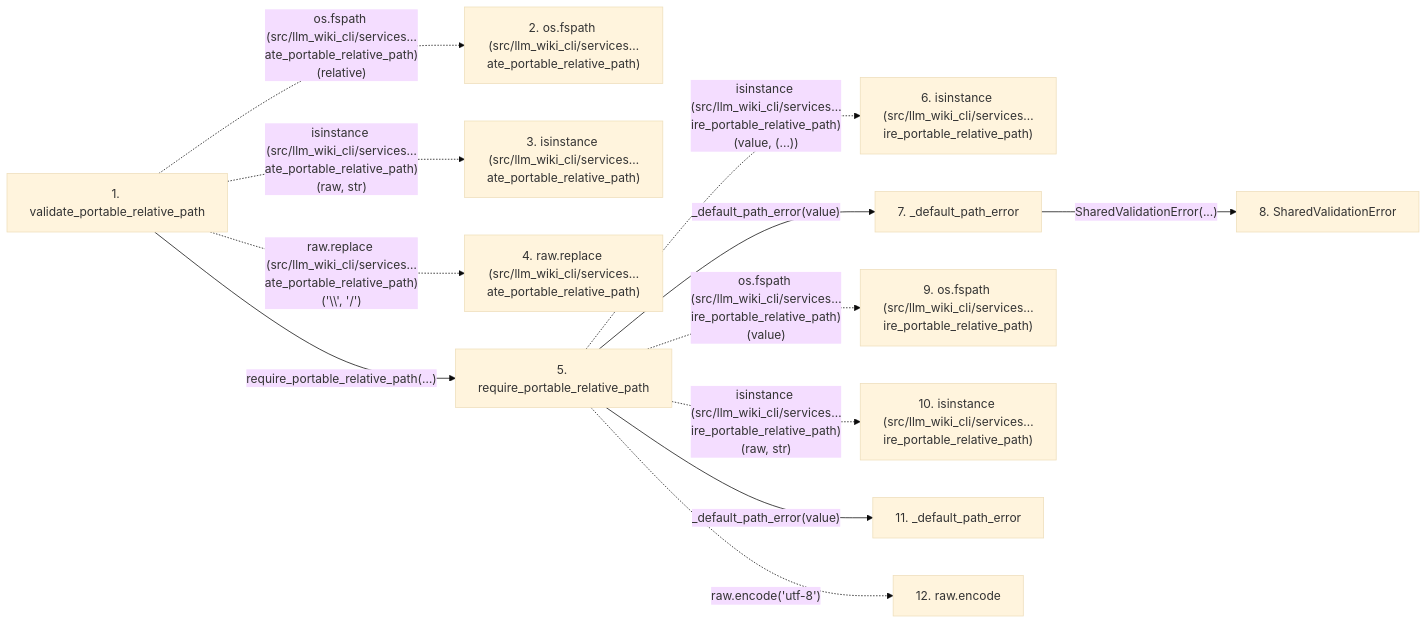
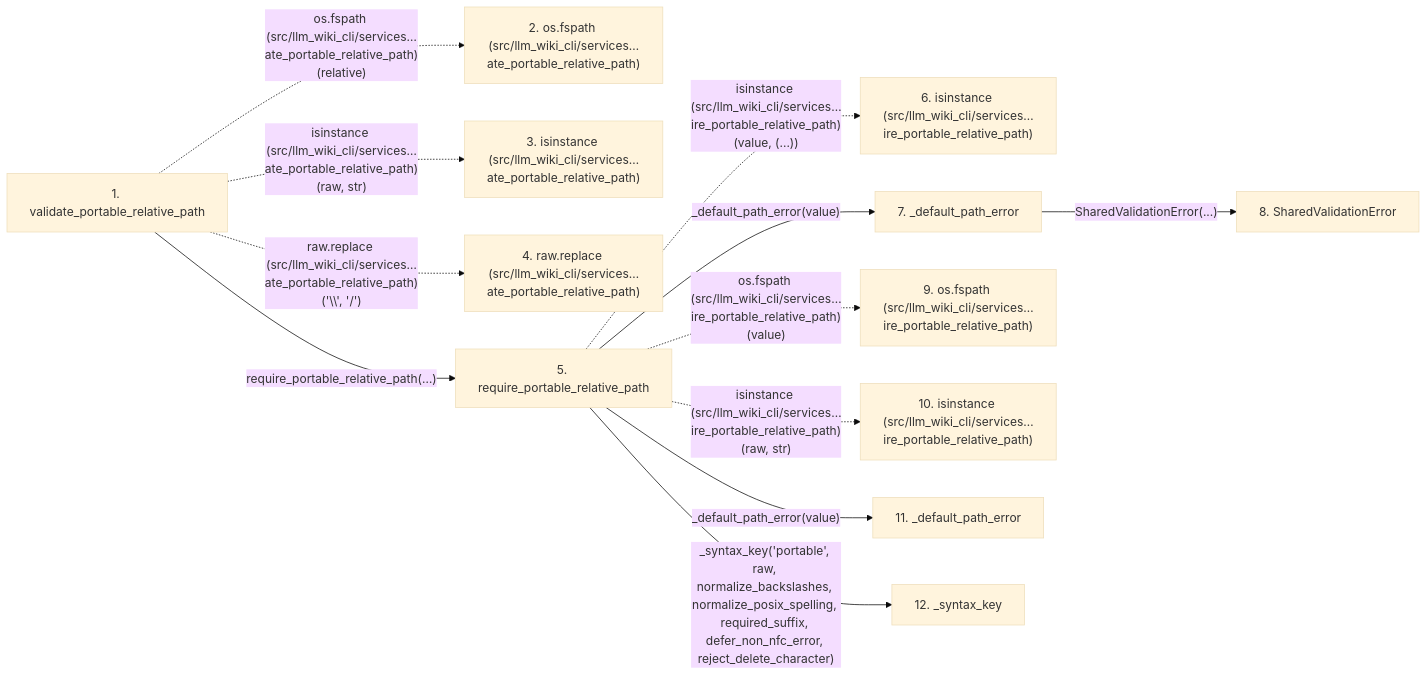
Before and after one commit to Denissvgn/python-wiki-llm: the second of 2 diagrams in docs/llm_wiki/flows/api-validate_portable_relative_path.md, drawn with Mermaid (base theme). The commit also changed other lines of this file and 865 other files, not shown here.

````diff
--- a/docs/llm_wiki/flows/api-validate_portable_relative_path.md
+++ b/docs/llm_wiki/flows/api-validate_portable_relative_path.md
@@ -71,31 +72,32 @@
 ```mermaid
 flowchart LR
     s1["1. validate_portable_relative_path"]
     s2["2. os.fspath (src/llm_wiki_cli/services…ate_portable_relative_path)"]
     s3["3. isinstance (src/llm_wiki_cli/services…ate_portable_relative_path)"]
     s4["4. raw.replace (src/llm_wiki_cli/services…ate_portable_relative_path)"]
     s5["5. require_portable_relative_path"]
     s6["6. isinstance (src/llm_wiki_cli/services…ire_portable_relative_path)"]
     s7["7. _default_path_error"]
     s8["8. SharedValidationError"]
     s9["9. os.fspath (src/llm_wiki_cli/services…ire_portable_relative_path)"]
     s10["10. isinstance (src/llm_wiki_cli/services…ire_portable_relative_path)"]
     s11["11. _default_path_error"]
-    s12["12. raw.encode"]
+    s12["12. _syntax_key"]
     s1 -. "os.fspath (src/llm_wiki_cli/services…ate_portable_relative_path)(relative)" .-> s2
     s1 -. "isinstance (src/llm_wiki_cli/services…ate_portable_relative_path)(raw, str)" .-> s3
     s1 -. "raw.replace (src/llm_wiki_cli/services…ate_portable_relative_path)('\\', '/')" .-> s4
     s1 -->|"require_portable_relative_path(…)"| s5
     s5 -. "isinstance (src/llm_wiki_cli/services…ire_portable_relative_path)(value, (...))" .-> s6
     s5 -->|"_default_path_error(value)"| s7
     s7 -->|"SharedValidationError(...)"| s8
     s5 -. "os.fspath (src/llm_wiki_cli/services…ire_portable_relative_path)(value)" .-> s9
     s5 -. "isinstance (src/llm_wiki_cli/services…ire_portable_relative_path)(raw, str)" .-> s10
     s5 -->|"_default_path_error(value)"| s11
-    s5 -. "raw.encode('utf-8')" .-> s12
+    s5 -->|"_syntax_key('portable', raw, normalize_backslashes, normalize_posix_spelling, required_suffix, defer_non_nfc_error, reject_delete_character)"| s12
     click s1 "../modules/protected_artifacts.md"
     click s5 "../modules/validation.md"
     click s7 "../modules/validation.md"
     click s8 "../modules/validation.md"
     click s11 "../modules/validation.md"
+    click s12 "../modules/validation.md"
 ```
````
